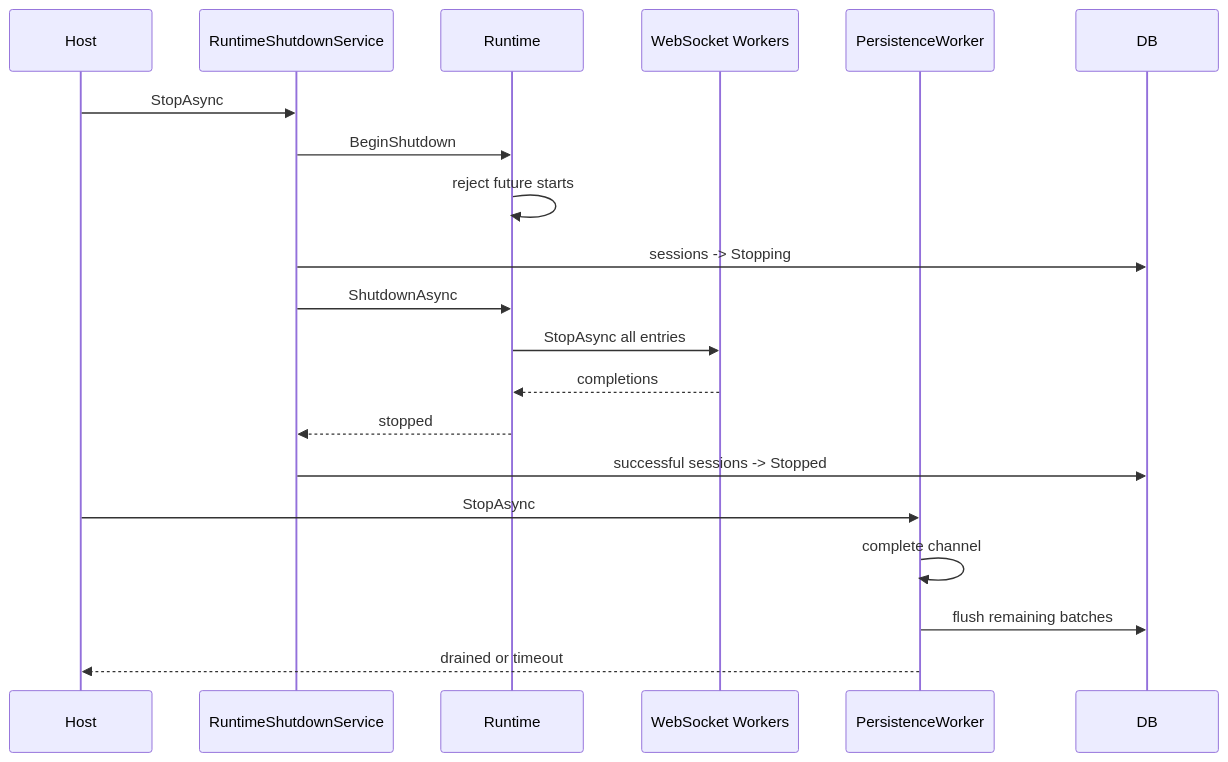
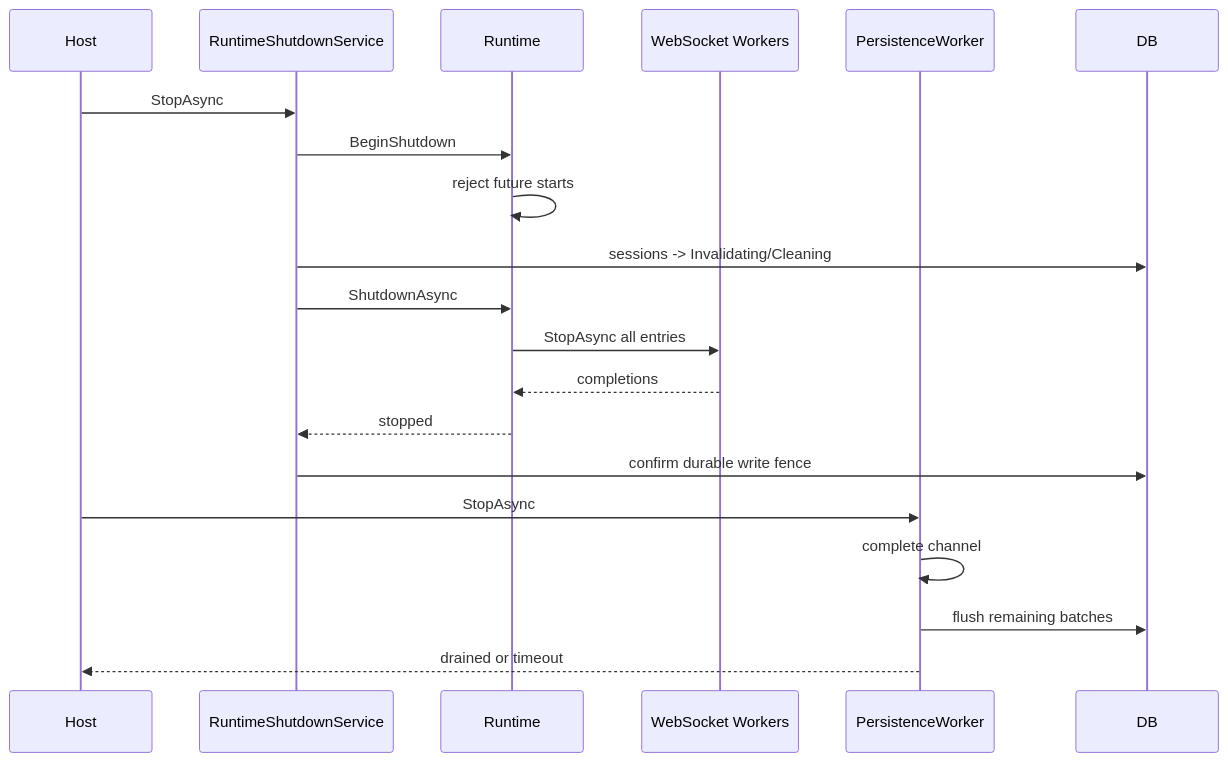
Before and after one commit to DmitriyEgorov1989/PolymarketLab: the fourth of 6 diagrams in PolymarketLab.DataCollection.Infrastructure/Adapters/CollectorRuntime/README.md, drawn with Mermaid. The commit also changed other lines of this file and 50 other files, not shown here.

Commit message:
Add durable collector invalidation fence

````diff
--- a/PolymarketLab.DataCollection.Infrastructure/Adapters/CollectorRuntime/README.md
+++ b/PolymarketLab.DataCollection.Infrastructure/Adapters/CollectorRuntime/README.md
@@ -586,23 +586,23 @@
 ```mermaid
 sequenceDiagram
     participant Host
     participant Shutdown as RuntimeShutdownService
     participant Runtime
     participant Workers as WebSocket Workers
     participant Consumer as PersistenceWorker
     participant DB
 
     Host->>Shutdown: StopAsync
     Shutdown->>Runtime: BeginShutdown
     Runtime->>Runtime: reject future starts
-    Shutdown->>DB: sessions -> Stopping
+    Shutdown->>DB: sessions -> Invalidating/Cleaning
     Shutdown->>Runtime: ShutdownAsync
     Runtime->>Workers: StopAsync all entries
     Workers-->>Runtime: completions
     Runtime-->>Shutdown: stopped
-    Shutdown->>DB: successful sessions -> Stopped
+    Shutdown->>DB: confirm durable write fence
     Host->>Consumer: StopAsync
     Consumer->>Consumer: complete channel
     Consumer->>DB: flush remaining batches
     Consumer-->>Host: drained or timeout
 ```
````
